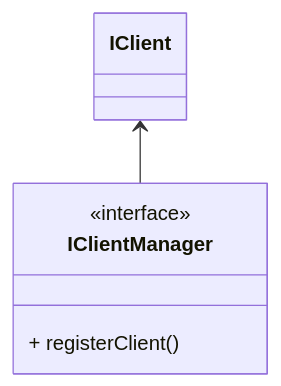
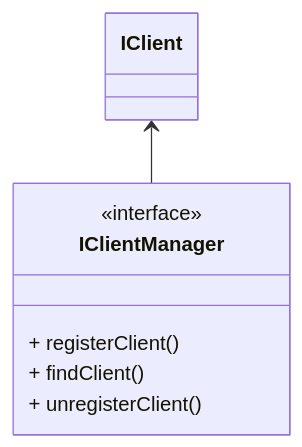
The third of 13 diagrams in docs/class_design.md (mfukui1218/irc), drawn with Mermaid before and after one commit. The commit also changed other lines of this file, not shown here.

Commit message:
update: for client

````diff
--- a/docs/class_design.md
+++ b/docs/class_design.md
@@ -79,8 +79,10 @@
 ```mermaid
 classDiagram
 	IClient <-- IClientManager
 	class IClientManager {
 		<<interface>>
 		 + registerClient()
+		 + findClient()
+		 + unregisterClient()
 	}
 ```
````
